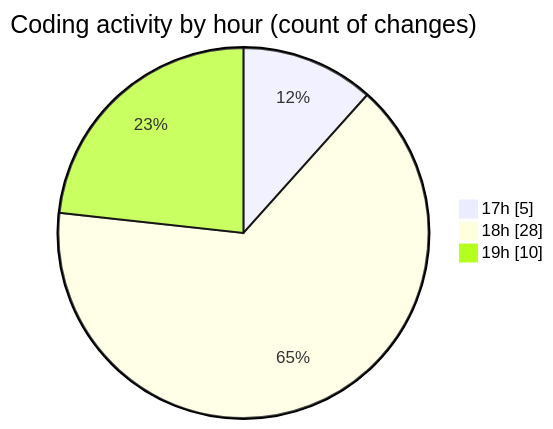
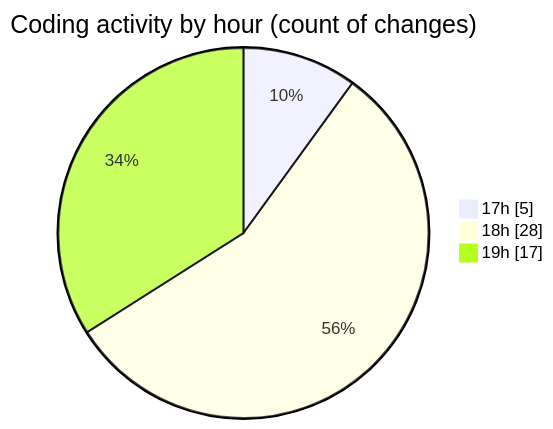
Before and after one commit to donsfak/code-tracking: the second of 2 diagrams in 2025-01-01/uber_clone/README.md, drawn with Mermaid. The commit also changed other lines of this file and 1 other file, not shown here.

````diff
--- a/2025-01-01/uber_clone/README.md
+++ b/2025-01-01/uber_clone/README.md
@@ -39,7 +41,7 @@
 ```mermaid
 pie showData
 title Coding activity by hour (count of changes)
 "17h" : 5
 "18h" : 28
-"19h" : 10
+"19h" : 17
 ```
````
